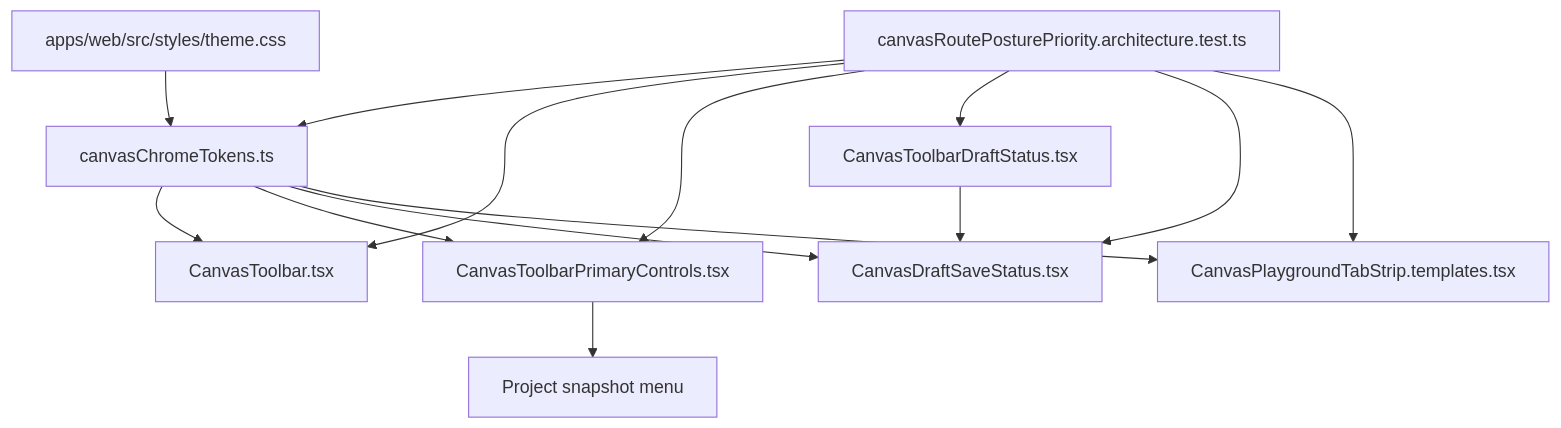
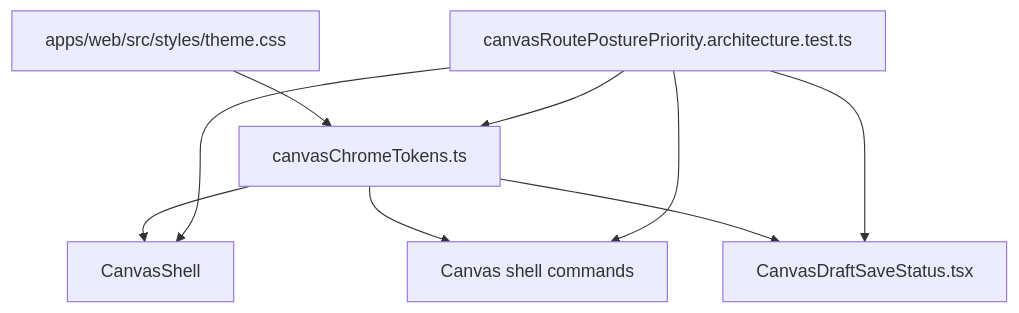
Before and after one commit to dunay2/dvt: the second of 2 diagrams in docs/architecture/components/web/graph/canvas-route-chrome-token-component.md, drawn with Mermaid. The commit also changed other lines of this file and 19 other files, not shown here.

````diff
--- a/docs/architecture/components/web/graph/canvas-route-chrome-token-component.md
+++ b/docs/architecture/components/web/graph/canvas-route-chrome-token-component.md
@@ -69,26 +64,18 @@
 ```mermaid
 flowchart TB
   Theme["apps/web/src/styles/theme.css"]
   Tokens["canvasChromeTokens.ts"]
-  Toolbar["CanvasToolbar.tsx"]
-  Controls["CanvasToolbarPrimaryControls.tsx"]
-  ProjectMenu["Project snapshot menu"]
-  DraftWrapper["CanvasToolbarDraftStatus.tsx"]
+  Shell["CanvasShell"]
+  Commands["Canvas shell commands"]
   Draft["CanvasDraftSaveStatus.tsx"]
-  Tabs["CanvasPlaygroundTabStrip.templates.tsx"]
   Guard["canvasRoutePosturePriority.architecture.test.ts"]
 
   Theme --> Tokens
-  Tokens --> Toolbar
-  Tokens --> Controls
-  Controls --> ProjectMenu
-  DraftWrapper --> Draft
+  Tokens --> Shell
+  Tokens --> Commands
   Tokens --> Draft
-  Tokens --> Tabs
   Guard --> Tokens
-  Guard --> Toolbar
-  Guard --> Controls
-  Guard --> DraftWrapper
+  Guard --> Shell
+  Guard --> Commands
   Guard --> Draft
-  Guard --> Tabs
 ```
````
